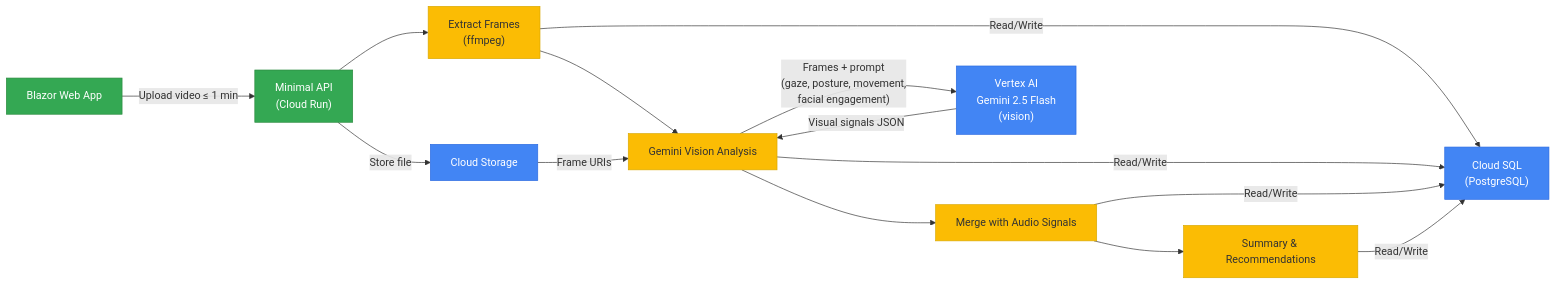
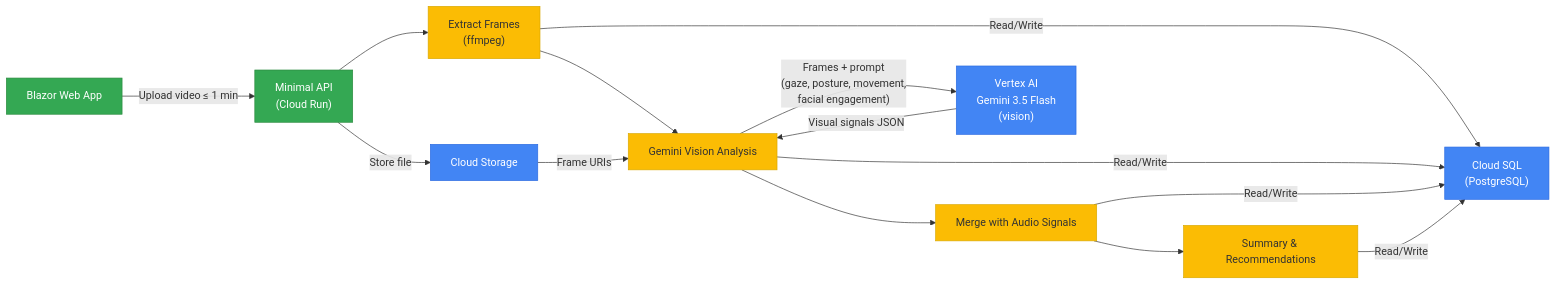
Before and after one commit to fsi-hack4autism/uc1-multisensory-learning-analysis: the second of 2 diagrams in architecture.md, drawn with Mermaid. The commit also changed other lines of this file, not shown here.

````diff
--- a/architecture.md
+++ b/architecture.md
@@ -36,21 +36,21 @@
 ```mermaid
 graph LR
     UI2["Blazor Web App"] -->|"Upload video ≤ 1 min"| API2["Minimal API\n(Cloud Run)"]
 
     API2 -->|"Store file"| GCS2["Cloud Storage"]
     API2 --> V1["Extract Frames\n(ffmpeg)"] --> V2["Gemini Vision Analysis"] --> V3["Merge with Audio Signals"] --> V4["Summary & Recommendations"]
 
     GCS2 -->|"Frame URIs"| V2
-    V2 -->|"Frames + prompt\n(gaze, posture, movement,\nfacial engagement)"| GEMINI2["Vertex AI\nGemini 2.5 Flash\n(vision)"]
+    V2 -->|"Frames + prompt\n(gaze, posture, movement,\nfacial engagement)"| GEMINI2["Vertex AI\nGemini 3.5 Flash\n(vision)"]
     GEMINI2 -->|"Visual signals JSON"| V2
 
     V1 & V2 & V3 & V4 -->|"Read/Write"| SQL2["Cloud SQL\n(PostgreSQL)"]
 
     classDef gcp fill:#4285F4,color:#fff,stroke:#2a6ae0
     classDef app fill:#34A853,color:#fff,stroke:#2a8a3e
     classDef step fill:#FBBC04,color:#333,stroke:#d9a800
 
     class GCS2,SQL2,GEMINI2 gcp
     class UI2,API2 app
     class V1,V2,V3,V4 step
 ```
````
